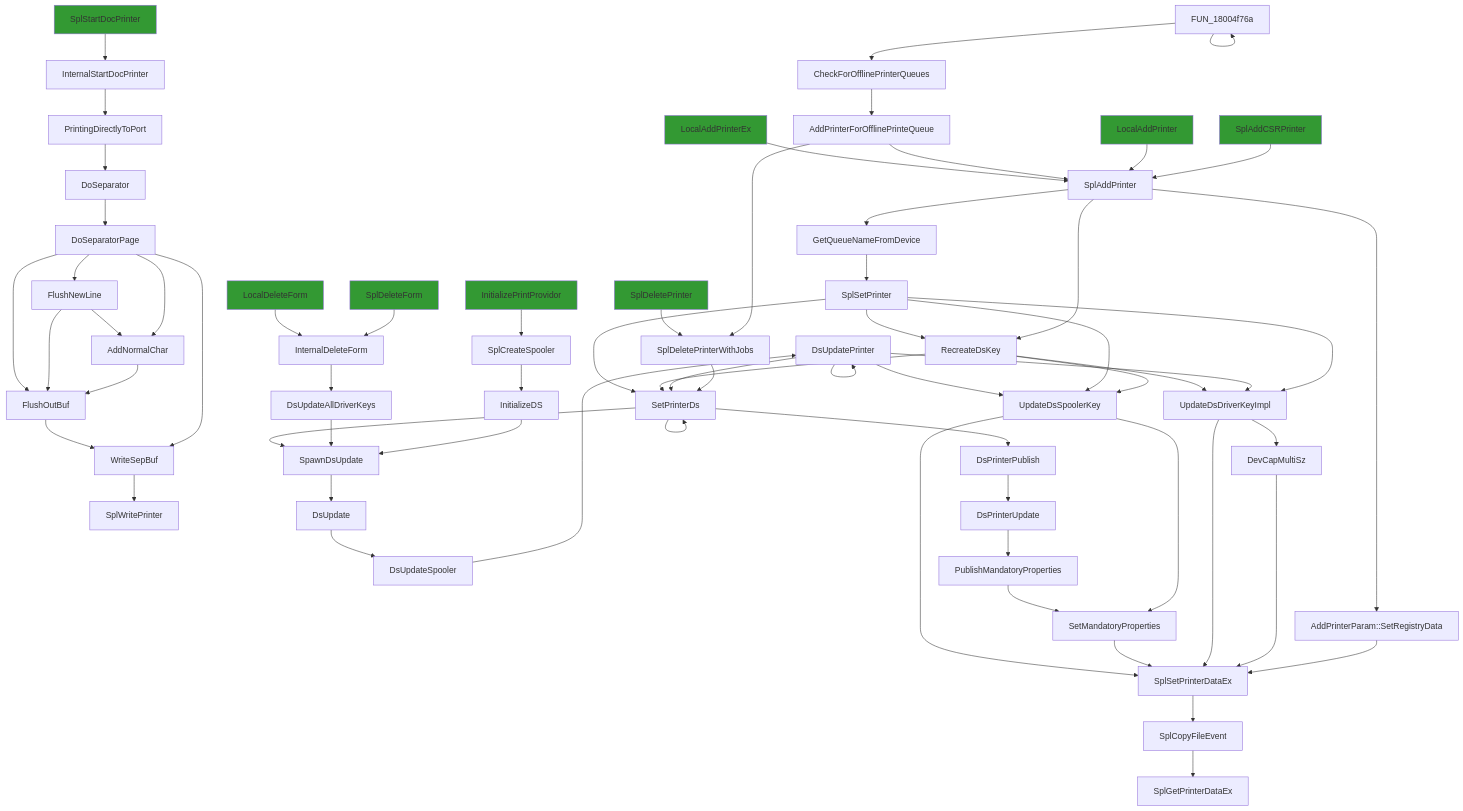
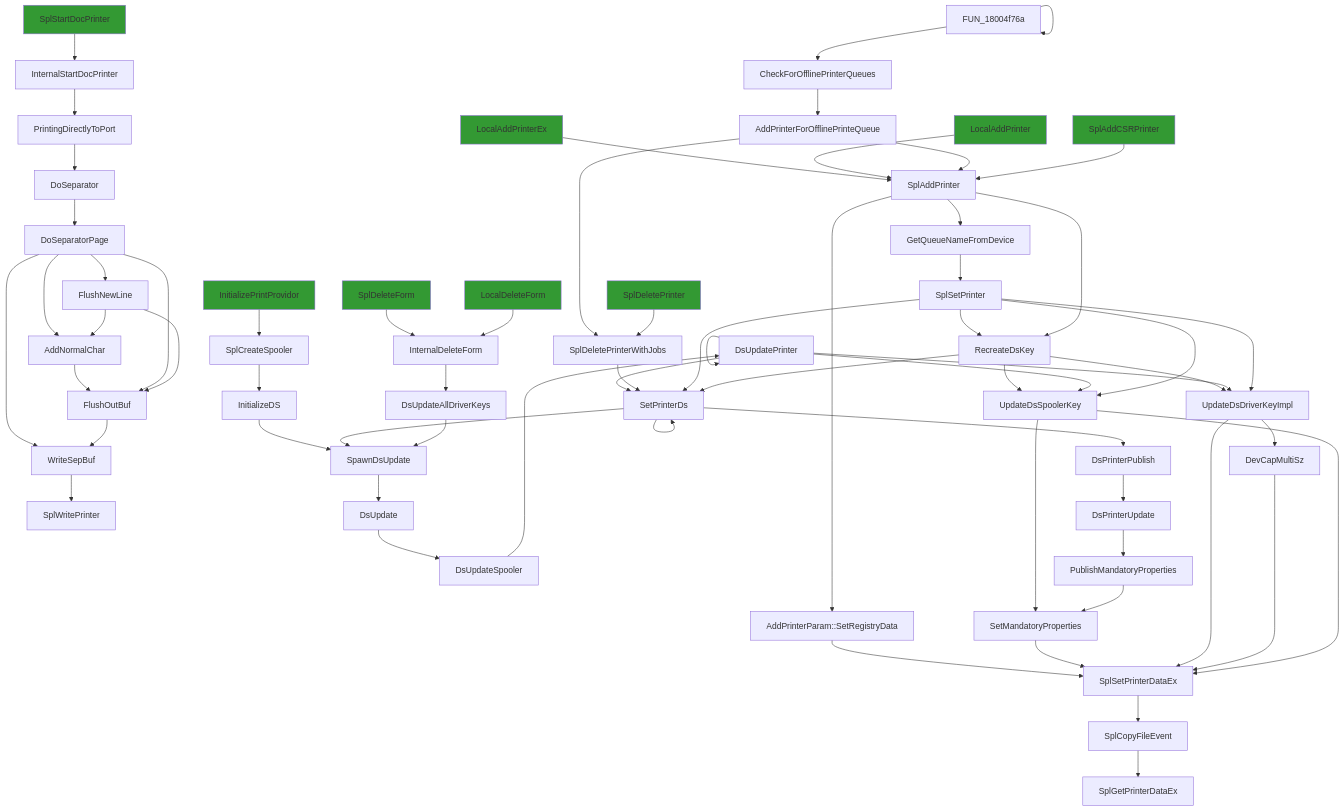
The first of 4 diagrams in .callgraphs/localspl.dll.x64.10.0.22000.376/SplGetPrinterDataEx.flow.md (clearbluejar/ghidra-pyhidra-callgraphs), drawn with Mermaid before and after one commit. The commit also changed other lines of this file and 15 other files, not shown here.

Commit message:
update with mermaid live links

````diff
--- a/.callgraphs/localspl.dll.x64.10.0.22000.376/SplGetPrinterDataEx.flow.md
+++ b/.callgraphs/localspl.dll.x64.10.0.22000.376/SplGetPrinterDataEx.flow.md
@@ -8,68 +12,68 @@
 ```mermaid
 flowchart TD
 classDef shaded fill:#339933
-15["DsUpdatePrinter"] --> 13
-30 --> 32["AddPrinterParam::SetRegistryData"]
-40 --> 16
-17 --> 44["DevCapMultiSz"]
-7["PrintingDirectlyToPort"] --> 6
-22["InternalDeleteForm"] --> 21
-3 --> 4
-43["DsPrinterUpdate"] --> 42
-2 --> 5["FlushOutBuf"]
-5 --> 0
-2["DoSeparatorPage"] --> 0
-40["SplSetPrinter"] --> 29
-40 --> 13
-6["DoSeparator"] --> 2
-18["DsUpdateSpooler"] --> 15
-29 --> 17
-28 --> 43
-15 --> 15
-41["SplDeletePrinter"]:::shaded --> 37
-36 --> 37["SplDeletePrinterWithJobs"]
-23["LocalDeleteForm"]:::shaded --> 22
-39 --> 39
-15 --> 17["UpdateDsDriverKeyImpl"]
 9["SplStartDocPrinter"]:::shaded --> 8
-30 --> 31["GetQueueNameFromDevice"]
-19["DsUpdate"] --> 18
-38["CheckForOfflinePrinterQueues"] --> 36
-35["LocalAddPrinterEx"]:::shaded --> 30
-0["WriteSepBuf"] --> 1["SplWritePrinter"]
-3 --> 5
-20["SpawnDsUpdate"] --> 19
-16 --> 16
-31 --> 40
-36["AddPrinterForOfflinePrinteQueue"] --> 30
-13["UpdateDsSpoolerKey"] --> 12
-29["RecreateDsKey"] --> 16
-2 --> 3["FlushNewLine"]
-16 --> 20
-14 --> 12
-4 --> 5
-24["SplDeleteForm"]:::shaded --> 22
-29 --> 13
-34["LocalAddPrinter"]:::shaded --> 30
-15 --> 16["SetPrinterDs"]
-42["PublishMandatoryProperties"] --> 14
+32["LocalAddPrinterEx"]:::shaded --> 25
+28 --> 14
+30 --> 12
+16 --> 21["DsPrinterPublish"]
+13["SetMandatoryProperties"] --> 12
+15["DsUpdatePrinter"] --> 14
+26["CheckForOfflinePrinterQueues"] --> 24
+40["SplCreateSpooler"] --> 39
 17 --> 12
 8["InternalStartDocPrinter"] --> 7
-30["SplAddPrinter"] --> 29
+24["AddPrinterForOfflinePrinteQueue"] --> 22
 12["SplSetPrinterDataEx"] --> 10
-2 --> 4["AddNormalChar"]
+31["LocalAddPrinter"]:::shaded --> 25
+5 --> 3
+41["InitializePrintProvidor"]:::shaded --> 40
+3["AddNormalChar"] --> 2
+5["DoSeparatorPage"] --> 4
+5 --> 2
+28 --> 17
+15 --> 15
+16 --> 16
+38["SplDeleteForm"]:::shaded --> 36
+19["DsUpdate"] --> 18
+25 --> 29["GetQueueNameFromDevice"]
 44 --> 12
-13 --> 14["SetMandatoryProperties"]
-27["InitializePrintProvidor"]:::shaded --> 26
-16 --> 28["DsPrinterPublish"]
-32 --> 12
-33["SplAddCSRPrinter"]:::shaded --> 30
-40 --> 17
+39["InitializeDS"] --> 20
+36["InternalDeleteForm"] --> 35
+34["SplSetPrinter"] --> 28
+23["SplDeletePrinter"]:::shaded --> 22
+37["LocalDeleteForm"]:::shaded --> 36
+5 --> 0
+15 --> 17["UpdateDsDriverKeyImpl"]
+14["UpdateDsSpoolerKey"] --> 13
+24 --> 25["SplAddPrinter"]
+42["PublishMandatoryProperties"] --> 13
+7["PrintingDirectlyToPort"] --> 6
+15 --> 16["SetPrinterDs"]
+21 --> 43
+17 --> 44["DevCapMultiSz"]
+34 --> 17
+14 --> 12
+16 --> 20
+22["SplDeletePrinterWithJobs"] --> 16
+35["DsUpdateAllDriverKeys"] --> 20
+34 --> 14
+43["DsPrinterUpdate"] --> 42
+18["DsUpdateSpooler"] --> 15
+6["DoSeparator"] --> 5
+4["FlushNewLine"] --> 3
+34 --> 16
+0["WriteSepBuf"] --> 1["SplWritePrinter"]
+27 --> 27
+28["RecreateDsKey"] --> 16
+25 --> 28
+33["SplAddCSRPrinter"]:::shaded --> 25
+29 --> 34
+4 --> 2
+27["FUN_18004f76a"] --> 26
+20["SpawnDsUpdate"] --> 19
+2["FlushOutBuf"] --> 0
 10["SplCopyFileEvent"] --> 11["SplGetPrinterDataEx"]
-21["DsUpdateAllDriverKeys"] --> 20
-26["SplCreateSpooler"] --> 25
-25["InitializeDS"] --> 20
-39["FUN_18004f76a"] --> 38
-37 --> 16
+25 --> 30["AddPrinterParam::SetRegistryData"]
 
 ```
````
